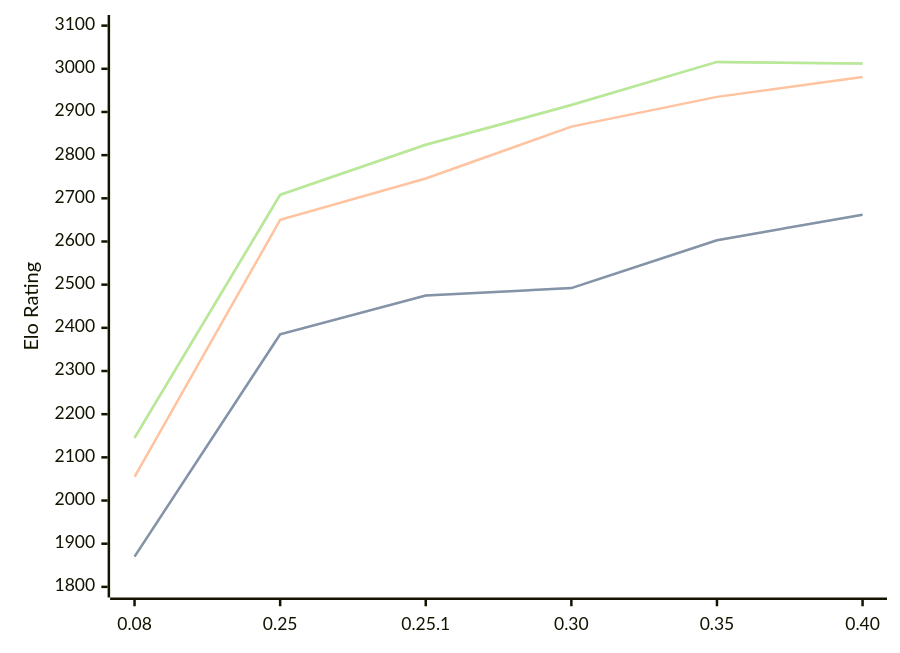
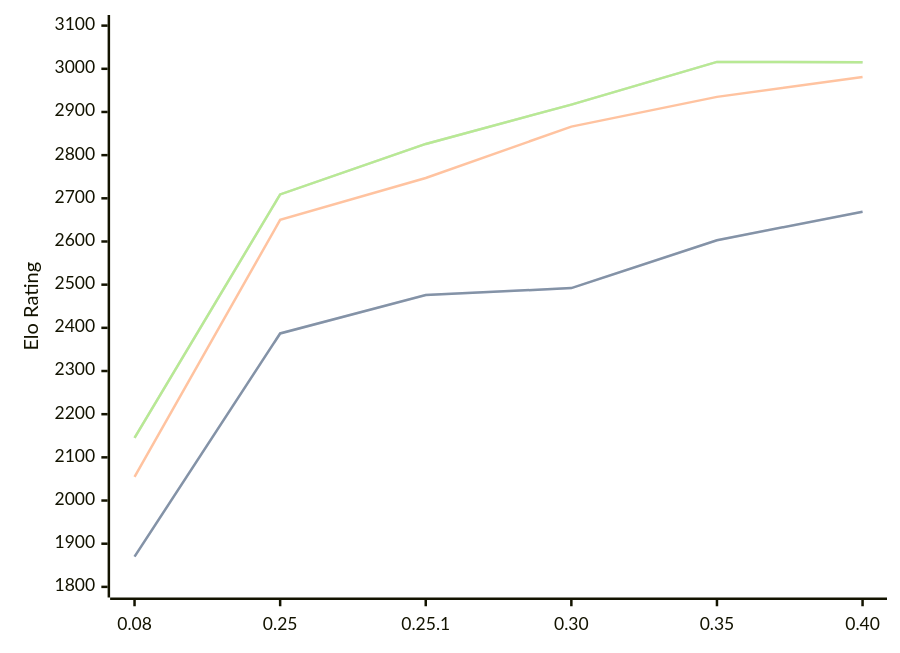
Before and after one commit to computer-chess-index/cci: the third of 3 diagrams in engines/Gecko.md, drawn with Mermaid. The commit also changed other lines of this file, not shown here.

Commit message:
Update CCI Ratings (ELO VLTC) - 2026-07-08

````diff
--- a/engines/Gecko.md
+++ b/engines/Gecko.md
@@ -69,11 +69,11 @@
 ```mermaid
 %%{init: {"theme":"base","themeVariables":{"seriesColors:['#a3a3a3','#222221','#faa371']}}}%%
 xychart-beta
   x-axis ["0.08", "0.25", "0.25.1", "0.30", "0.35", "0.40"]
   y-axis "Elo Rating" 1800 --> 3100
-  line "STC (8.0+0.08s)" [1870, 2385, 2475, 2492, 2603, 2662]
-  line "STC (8.0+0.08s)" [1870, 2385, 2475, 2492, 2603, 2662]
-  line "LTC (60.0+0.60s)" [2055, 2650, 2746, 2866, 2935, 2981]
-  line "VLTC (2m24s+1.12s)" [2145, 2708, 2824, 2916, 3016, 3012]
-  line "VLTC (2m24s+1.12s)" [2145, 2708, 2824, 2916, 3016, 3012]
+  line "STC (8.0+0.08s)" [1870, 2387, 2476, 2492, 2603, 2669]
+  line "STC (8.0+0.08s)" [1870, 2387, 2476, 2492, 2603, 2669]
+  line "LTC (60.0+0.60s)" [2055, 2650, 2747, 2866, 2935, 2981]
+  line "VLTC (2m24s+1.12s)" [2145, 2709, 2826, 2917, 3016, 3015]
+  line "VLTC (2m24s+1.12s)" [2145, 2709, 2826, 2917, 3016, 3015]
 ```
````
